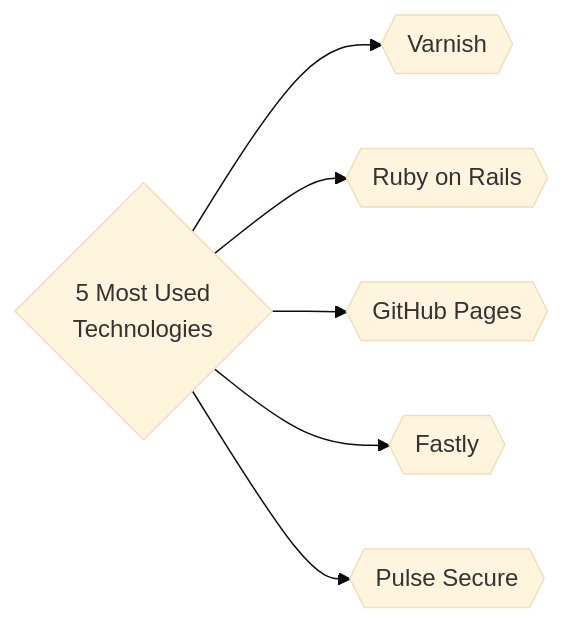
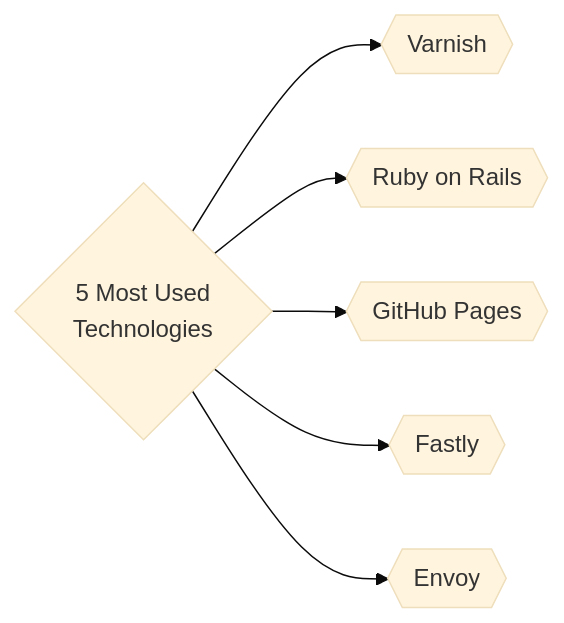
The third of 3 diagrams in README.md (trickest/inventory), drawn with Mermaid (base theme) before and after one commit. The commit also changed other lines of this file, not shown here.

````diff
--- a/README.md
+++ b/README.md
@@ -187,8 +187,8 @@
 ```mermaid
 graph LR
 title{5 Most Used<br>Technologies} --> tech1{{Varnish}}
 title --> tech2{{Ruby on Rails}}
 title --> tech3{{GitHub Pages}}
 title --> tech4{{Fastly}}
-title --> tech5{{Pulse Secure}}
+title --> tech5{{Envoy}}
 ```
````
